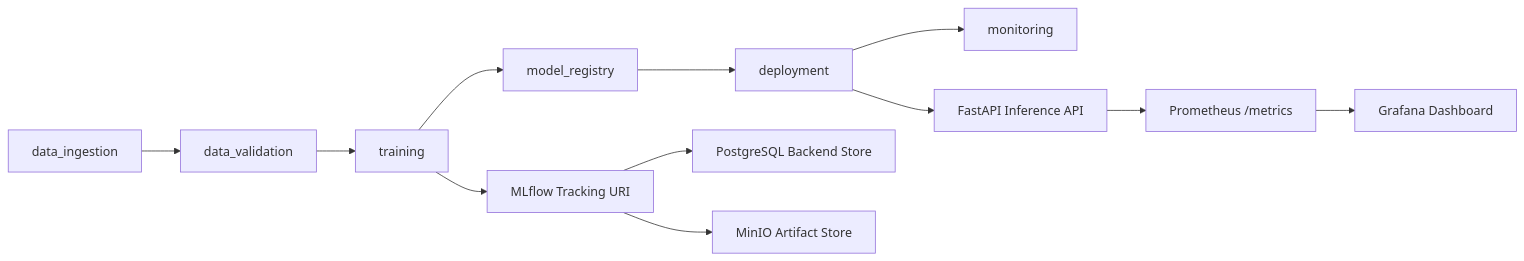
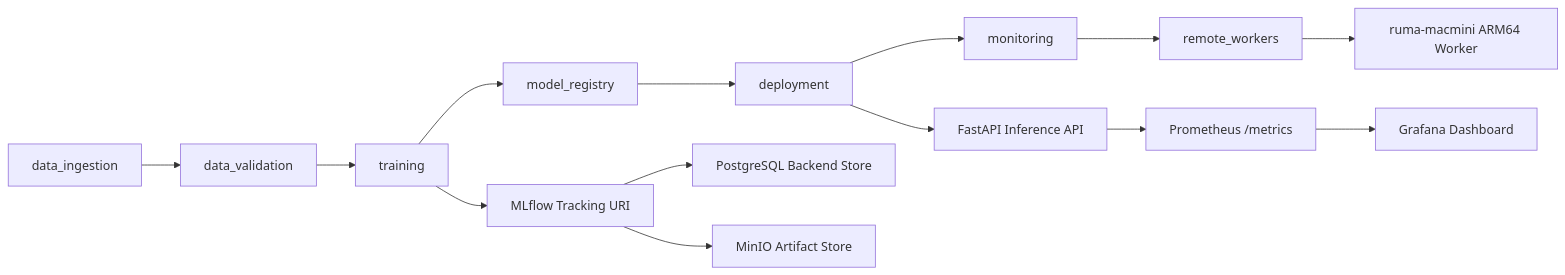
The diagram in enterprise-vision-mlops/README.md (ruma0236/ML_ServeAPI), drawn with Mermaid before and after one commit. The commit also changed other lines of this file and 13 other files, not shown here.

Commit message:
Add Tailscale remote worker inventory

````diff
--- a/enterprise-vision-mlops/README.md
+++ b/enterprise-vision-mlops/README.md
@@ -87,15 +88,17 @@
 ```mermaid
 flowchart LR
     I["data_ingestion"] --> V["data_validation"]
     V --> T["training"]
     T --> R["model_registry"]
     R --> D["deployment"]
     D --> O["monitoring"]
+    O --> W["remote_workers"]
 
     D --> A["FastAPI Inference API"]
     A --> P["Prometheus /metrics"]
     P --> G["Grafana Dashboard"]
     T --> M["MLflow Tracking URI"]
     M --> DB["PostgreSQL Backend Store"]
     M --> S["MinIO Artifact Store"]
+    W --> MAC["ruma-macmini ARM64 Worker"]
 ```
````
